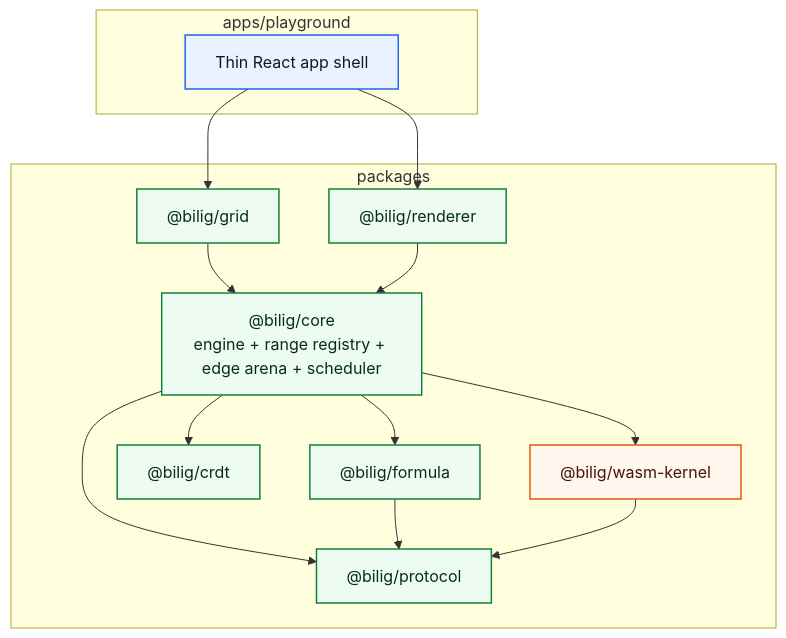
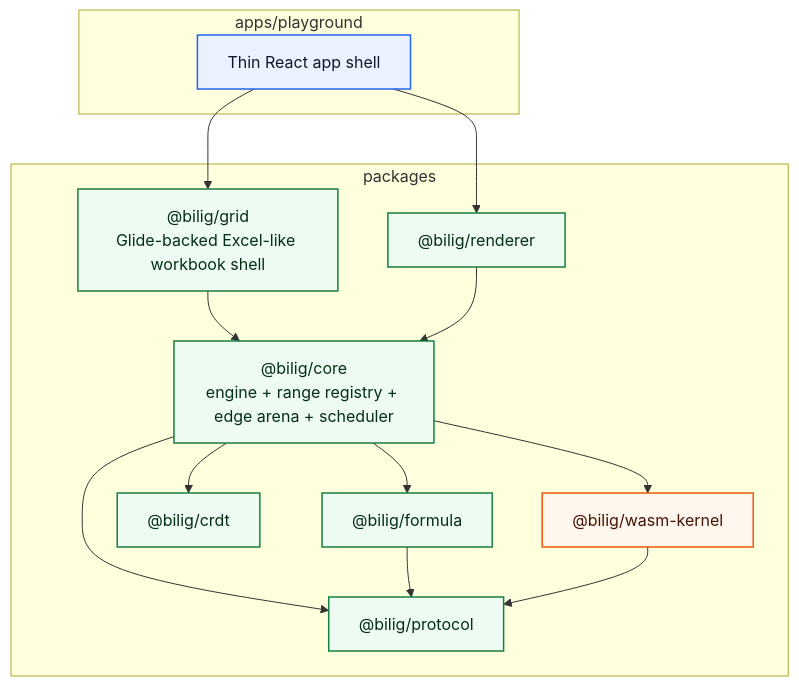
Before and after one commit to proompteng/bilig: the first of 2 diagrams in docs/architecture.md, drawn with Mermaid. The commit also changed other lines of this file and 27 other files, not shown here.

Commit message:
Rebuild playground into Glide Excel shell

````diff
--- a/docs/architecture.md
+++ b/docs/architecture.md
@@ -3,35 +3,35 @@
 ```mermaid
 flowchart TB
   classDef react fill:#eaf2ff,stroke:#2563eb,color:#0f172a,stroke-width:1.5px
   classDef core fill:#eefbf3,stroke:#15803d,color:#052e16,stroke-width:1.5px
   classDef wasm fill:#fff7ed,stroke:#ea580c,color:#431407,stroke-width:1.5px
 
   subgraph PG["apps/playground"]
     APP["Thin React app shell"]
   end
 
   subgraph PKG["packages"]
     CORE["@bilig/core<br/>engine + range registry + edge arena + scheduler"]
     FORMULA["@bilig/formula"]
     CRDT["@bilig/crdt"]
     PROTOCOL["@bilig/protocol"]
     RENDERER["@bilig/renderer"]
-    UI["@bilig/grid"]
+    UI["@bilig/grid<br/>Glide-backed Excel-like workbook shell"]
     WASM["@bilig/wasm-kernel"]
   end
 
   APP --> UI
   APP --> RENDERER
   UI --> CORE
   RENDERER --> CORE
   CORE --> FORMULA
   CORE --> CRDT
   CORE --> PROTOCOL
   CORE --> WASM
   FORMULA --> PROTOCOL
   WASM --> PROTOCOL
 
   class APP react
   class CORE,FORMULA,CRDT,PROTOCOL,RENDERER,UI core
   class WASM wasm
 ```
````
